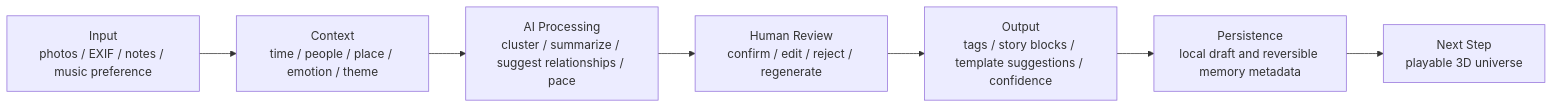
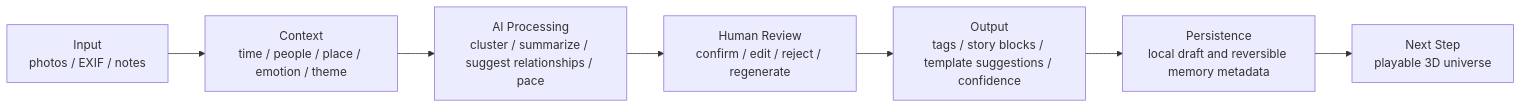
Before and after one commit to 3555489035ppx-wq/memory-universe: the second of 2 diagrams in README.md, drawn with Mermaid. The commit also changed other lines of this file and 62 other files, not shown here.

````diff
--- a/README.md
+++ b/README.md
@@ -70,9 +70,9 @@
 ```mermaid
 flowchart LR
-  A[Input<br/>photos / EXIF / notes / music preference] --> B[Context<br/>time / people / place / emotion / theme]
+  A[Input<br/>photos / EXIF / notes] --> B[Context<br/>time / people / place / emotion / theme]
   B --> C[AI Processing<br/>cluster / summarize / suggest relationships / pace]
   C --> D[Human Review<br/>confirm / edit / reject / regenerate]
   D --> E[Output<br/>tags / story blocks / template suggestions / confidence]
   E --> F[Persistence<br/>local draft and reversible memory metadata]
   F --> G[Next Step<br/>playable 3D universe]
 ```
````
